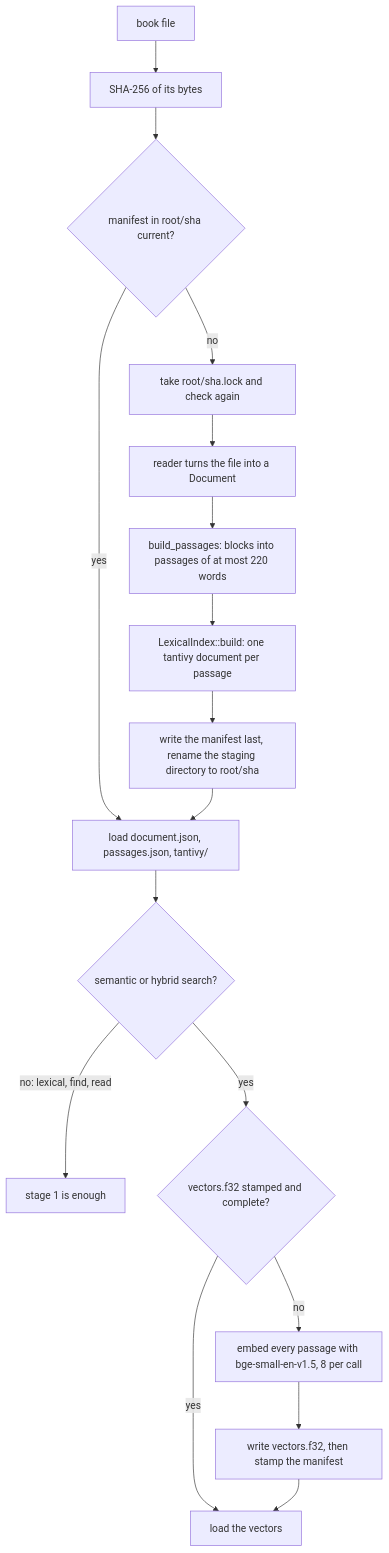
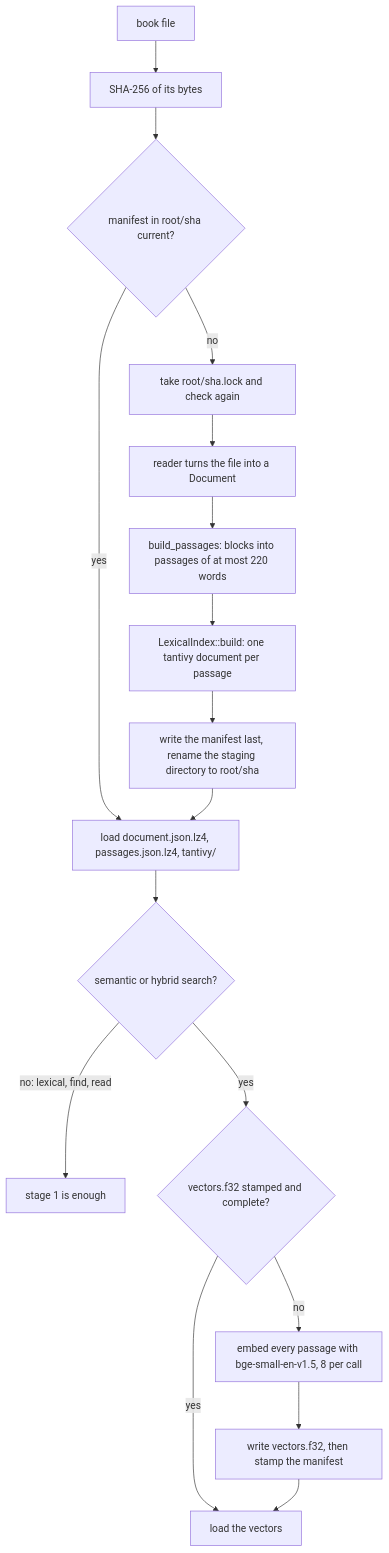
One commit to AhmedKishki/ebook-hero changed the first of 2 diagrams in docs/search.md. Above: the diagram before and after it, drawn with Mermaid. The commit also changed other lines of this file and 12 other files, not shown here.

````diff
--- a/docs/search.md
+++ b/docs/search.md
@@ -13,19 +13,19 @@
 ```mermaid
 flowchart TD
     file["book file"] --> hash["SHA-256 of its bytes"]
     hash --> current{"manifest in root/sha current?"}
-    current -->|yes| load["load document.json, passages.json, tantivy/"]
+    current -->|yes| load["load document.json.lz4, passages.json.lz4, tantivy/"]
     current -->|no| lock["take root/sha.lock and check again"]
     lock --> extract["reader turns the file into a Document"]
     extract --> pack["build_passages: blocks into passages of at most 220 words"]
     pack --> lexical["LexicalIndex::build: one tantivy document per passage"]
     lexical --> commit["write the manifest last, rename the staging directory to root/sha"]
     commit --> load
     load --> need{"semantic or hybrid search?"}
     need -->|"no: lexical, find, read"| ready["stage 1 is enough"]
     need -->|yes| stamped{"vectors.f32 stamped and complete?"}
     stamped -->|yes| vectors["load the vectors"]
     stamped -->|no| embed["embed every passage with bge-small-en-v1.5, 8 per call"]
     embed --> stamp["write vectors.f32, then stamp the manifest"]
     stamp --> vectors
 ```
````
